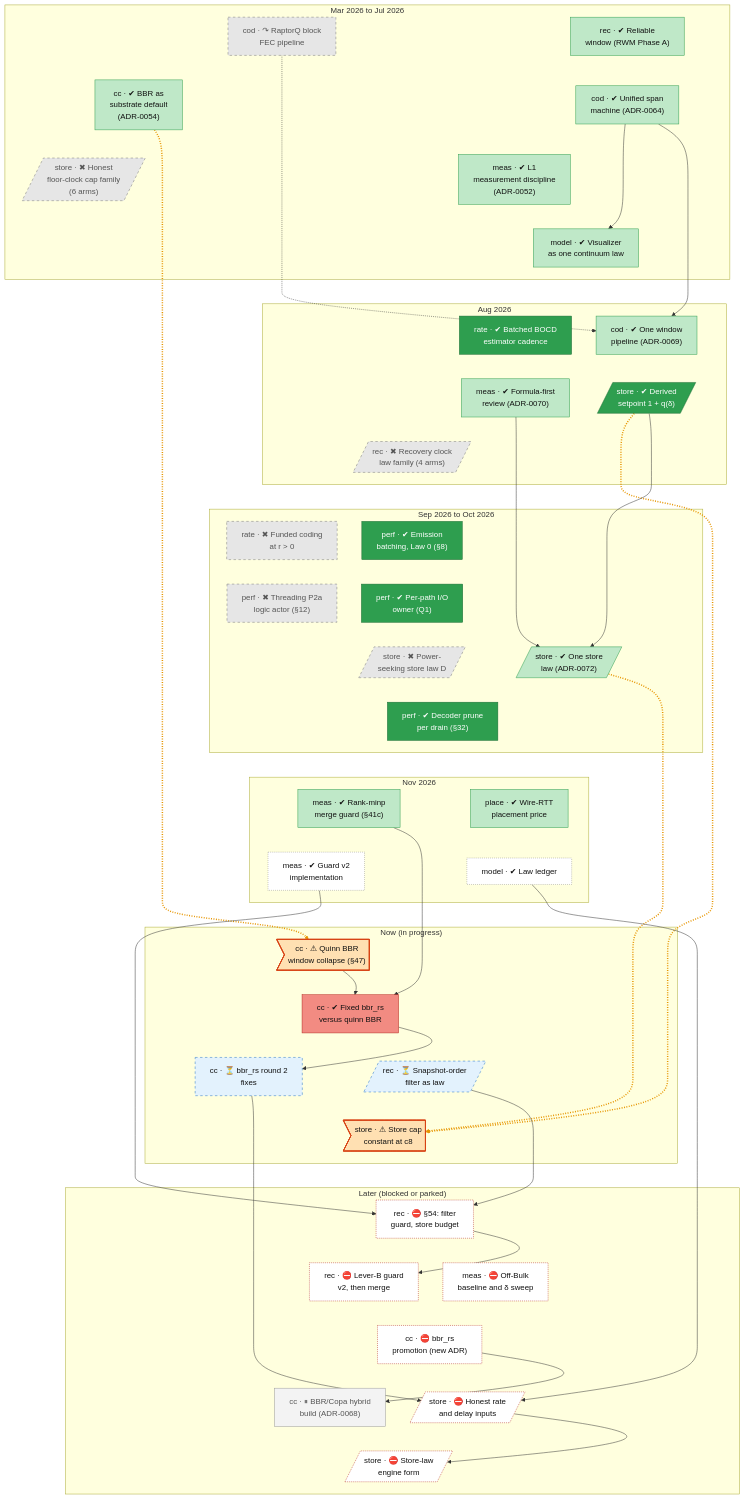
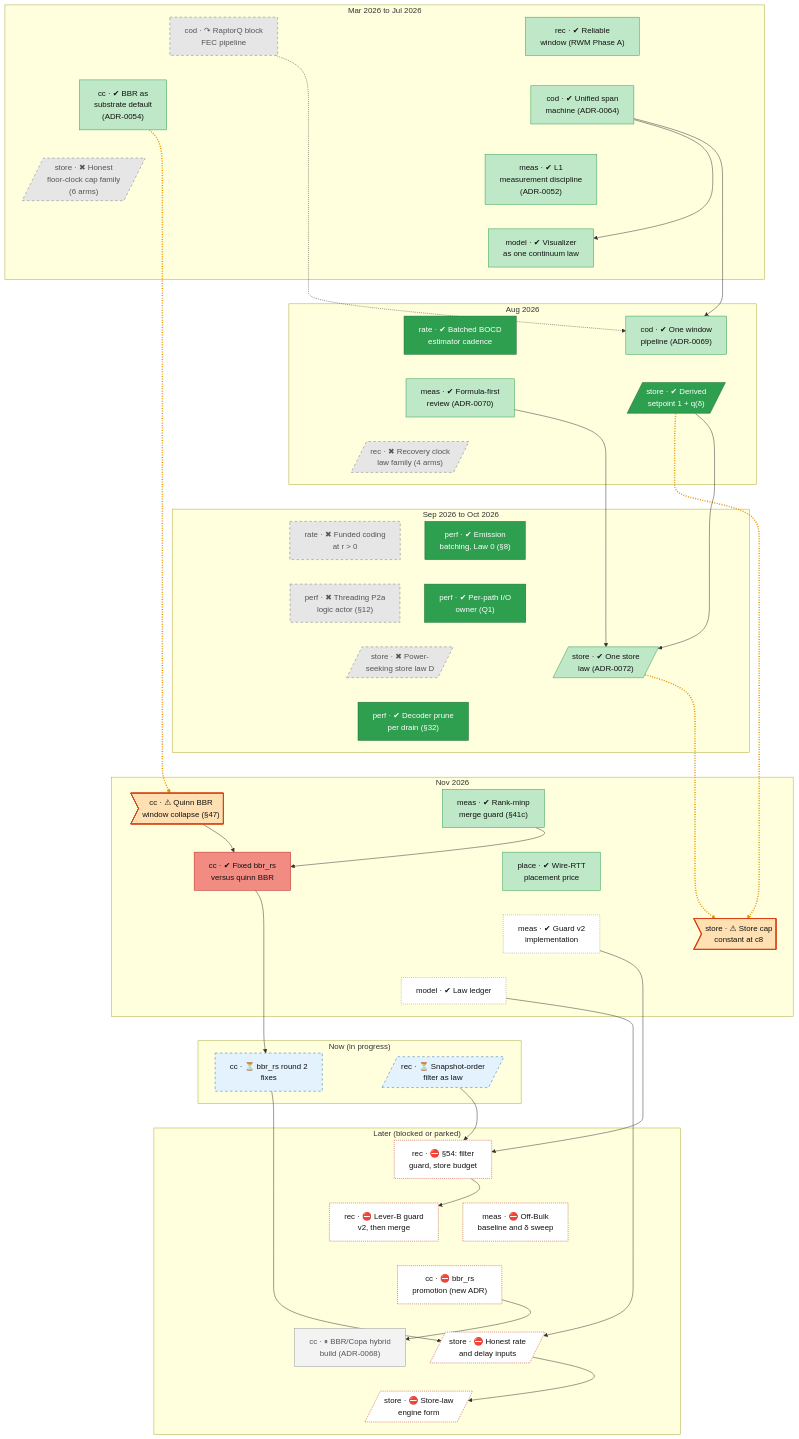
The diagram in docs/roadmap.md (lhns/raptorpath), drawn with Mermaid before and after one commit. The commit also changed 2 other files, not shown here.

Commit message:
roadmap: overview band follows a node's own state and date; rendered-SVG check that no edge points up

```diff
--- a/docs/roadmap.md
+++ b/docs/roadmap.md
@@ -54,17 +54,17 @@
         perf_decoder_prune["perf · ✔ Decoder prune<br/>per drain (#167;32)"]
     end
     subgraph bd_3["Nov 2026"]
+        cc_quinn_bbr_collapse>"cc · ⚠ Quinn BBR<br/>window collapse (#167;47)"]
         meas_guard_41c["meas · ✔ Rank-minp<br/>merge guard (#167;41c)"]
+        cc_bbrrs_r1["cc · ✔ Fixed bbr_rs<br/>versus quinn BBR"]
         place_wire_price["place · ✔ Wire-RTT<br/>placement price"]
+        store_defect_cap_constant>"store · ⚠ Store cap<br/>constant at c8"]
         meas_guard_v2_impl["meas · ✔ Guard v2<br/>implementation"]
         model_law_ledger["model · ✔ Law ledger"]
     end
     subgraph bd_4["Now (in progress)"]
-        cc_quinn_bbr_collapse>"cc · ⚠ Quinn BBR<br/>window collapse (#167;47)"]
-        cc_bbrrs_r1["cc · ✔ Fixed bbr_rs<br/>versus quinn BBR"]
         cc_bbrrs_r2["cc · ⏳ bbr_rs round 2<br/>fixes"]
         rec_snapver_law[/"rec · ⏳ Snapshot-order<br/>filter as law"/]
-        store_defect_cap_constant>"store · ⚠ Store cap<br/>constant at c8"]
     end
     subgraph bd_5["Later (blocked or parked)"]
         rec_s54_session["rec · ⛔ #167;54: filter<br/>guard, store budget"]
@@ -95,18 +95,18 @@
     perf_io_owner ~~~ store_power_law
     store_adr72_one_law ~~~ perf_decoder_prune
     store_power_law ~~~ perf_decoder_prune
+    perf_decoder_prune ~~~ cc_quinn_bbr_collapse
     perf_decoder_prune ~~~ meas_guard_41c
-    perf_decoder_prune ~~~ place_wire_price
-    meas_guard_41c ~~~ meas_guard_v2_impl
-    place_wire_price ~~~ model_law_ledger
-    meas_guard_v2_impl ~~~ cc_quinn_bbr_collapse
-    model_law_ledger ~~~ cc_quinn_bbr_collapse
     cc_quinn_bbr_collapse ~~~ cc_bbrrs_r1
-    cc_bbrrs_r1 ~~~ cc_bbrrs_r2
-    cc_bbrrs_r1 ~~~ rec_snapver_law
-    cc_bbrrs_r2 ~~~ store_defect_cap_constant
-    rec_snapver_law ~~~ store_defect_cap_constant
-    store_defect_cap_constant ~~~ rec_s54_session
+    meas_guard_41c ~~~ place_wire_price
+    cc_bbrrs_r1 ~~~ store_defect_cap_constant
+    place_wire_price ~~~ meas_guard_v2_impl
+    store_defect_cap_constant ~~~ model_law_ledger
+    meas_guard_v2_impl ~~~ model_law_ledger
+    model_law_ledger ~~~ cc_bbrrs_r2
+    model_law_ledger ~~~ rec_snapver_law
+    cc_bbrrs_r2 ~~~ rec_s54_session
+    rec_snapver_law ~~~ rec_s54_session
     rec_s54_session ~~~ rec_leverb_guard
     rec_s54_session ~~~ meas_s51_session
     rec_leverb_guard ~~~ cc_bbrrs_promote
```
